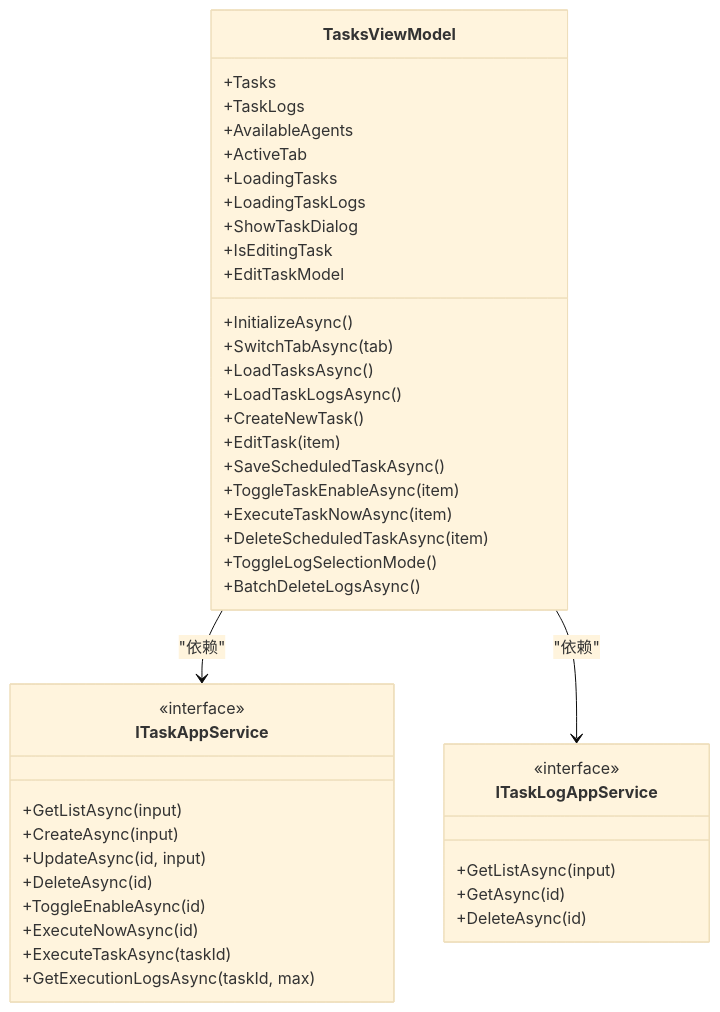
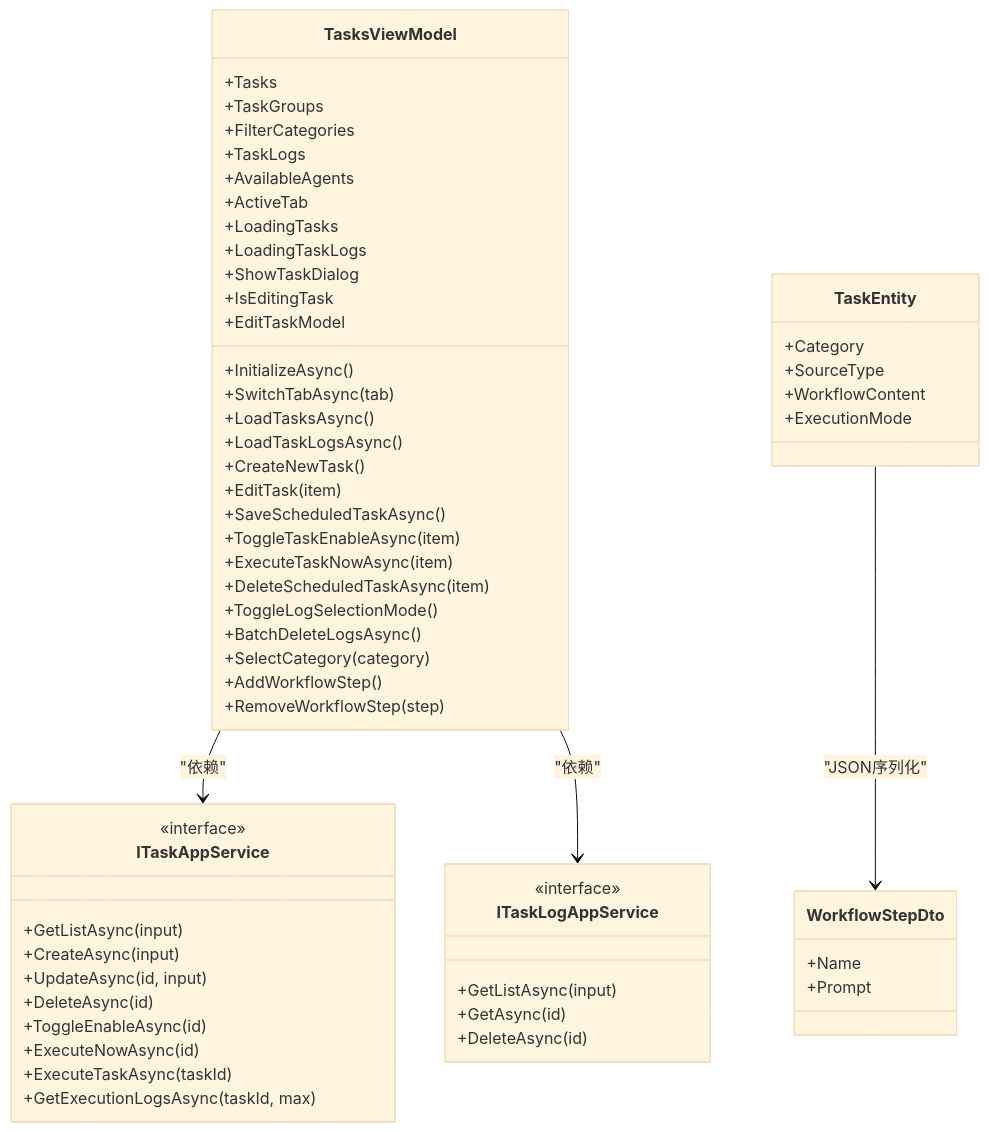
Before and after one commit to openlowcodelab/lowcode: the ninth of 10 diagrams in .qoder/repowiki/zh/content/AI助手服务/桌面端应用/视图模型层/任务管理视图模型.md, drawn with Mermaid (base theme). The commit also changed other lines of this file and 118 other files, not shown here.

````diff
--- a/.qoder/repowiki/zh/content/AI助手服务/桌面端应用/视图模型层/任务管理视图模型.md
+++ b/.qoder/repowiki/zh/content/AI助手服务/桌面端应用/视图模型层/任务管理视图模型.md
@@ -264,45 +436,61 @@
 ```mermaid
 classDiagram
 class TasksViewModel {
 +Tasks
++TaskGroups
++FilterCategories
 +TaskLogs
 +AvailableAgents
 +ActiveTab
 +LoadingTasks
 +LoadingTaskLogs
 +ShowTaskDialog
 +IsEditingTask
 +EditTaskModel
 +InitializeAsync()
 +SwitchTabAsync(tab)
 +LoadTasksAsync()
 +LoadTaskLogsAsync()
 +CreateNewTask()
 +EditTask(item)
 +SaveScheduledTaskAsync()
 +ToggleTaskEnableAsync(item)
 +ExecuteTaskNowAsync(item)
 +DeleteScheduledTaskAsync(item)
 +ToggleLogSelectionMode()
 +BatchDeleteLogsAsync()
++SelectCategory(category)
++AddWorkflowStep()
++RemoveWorkflowStep(step)
 }
 class ITaskAppService {
 <<interface>>
 +GetListAsync(input)
 +CreateAsync(input)
 +UpdateAsync(id, input)
 +DeleteAsync(id)
 +ToggleEnableAsync(id)
 +ExecuteNowAsync(id)
 +ExecuteTaskAsync(taskId)
 +GetExecutionLogsAsync(taskId, max)
 }
 class ITaskLogAppService {
 <<interface>>
 +GetListAsync(input)
 +GetAsync(id)
 +DeleteAsync(id)
 }
+class TaskEntity {
++Category
++SourceType
++WorkflowContent
++ExecutionMode
+}
+class WorkflowStepDto {
++Name
++Prompt
+}
 TasksViewModel --> ITaskAppService : "依赖"
 TasksViewModel --> ITaskLogAppService : "依赖"
+TaskEntity --> WorkflowStepDto : "JSON序列化"
 ```
````
